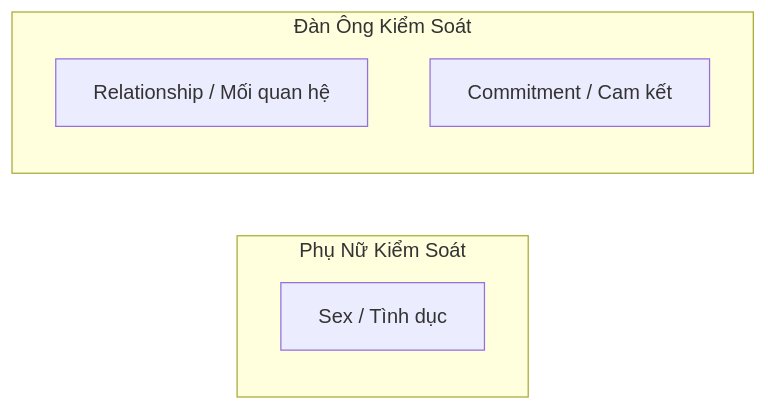
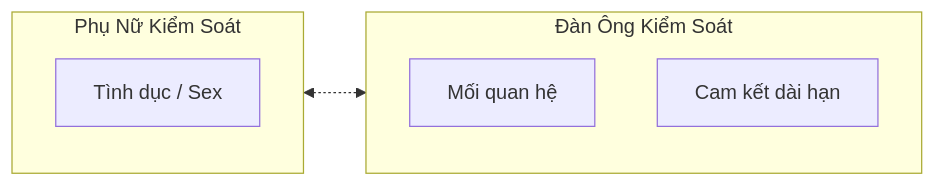
The first of 5 diagrams in mental-models/Tâm Lý Học Tiến Hóa Về Giới Tính.md (dyukahi/knowledge), drawn with Mermaid before and after one commit. The commit also changed other lines of this file, not shown here.

````diff
--- a/mental-models/Tâm Lý Học Tiến Hóa Về Giới Tính.md
+++ b/mental-models/Tâm Lý Học Tiến Hóa Về Giới Tính.md
@@ -20,11 +19,13 @@
 ```mermaid
 flowchart LR
-    subgraph Female[Phụ Nữ Kiểm Soát]
-        S[Sex / Tình dục]
+    subgraph F[Phụ Nữ Kiểm Soát]
+        S[Tình dục / Sex]
     end
     
-    subgraph Male[Đàn Ông Kiểm Soát]
-        R[Relationship / Mối quan hệ]
-        C[Commitment / Cam kết]
+    subgraph M[Đàn Ông Kiểm Soát]
+        R[Mối quan hệ]
+        C[Cam kết dài hạn]
     end
+    
+    F <-.-> M
 ```
````
